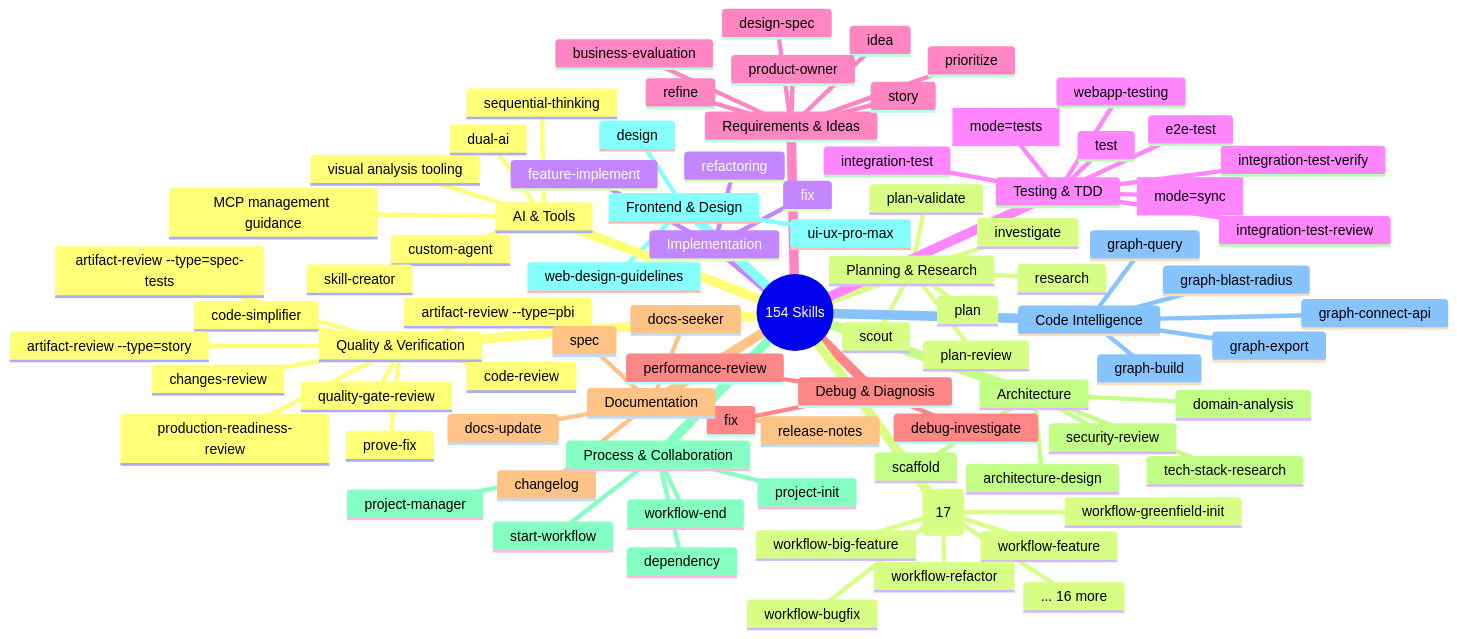
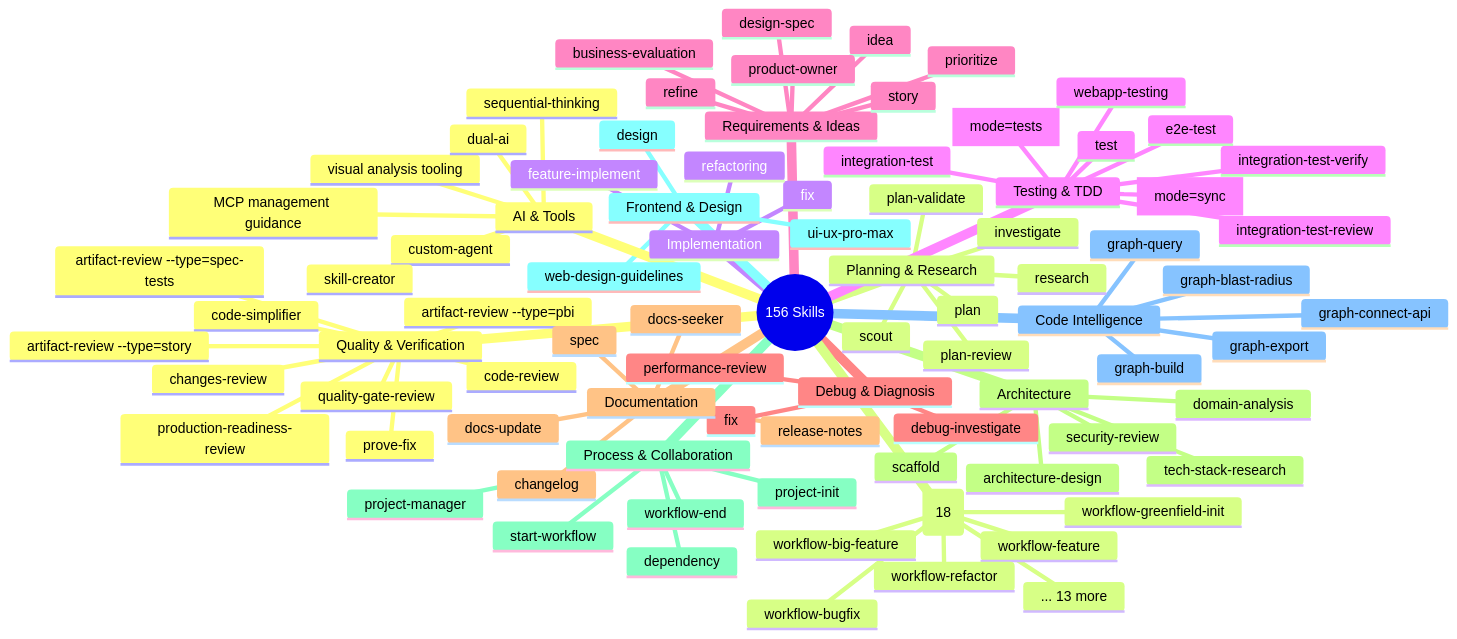
Before and after one commit to duc01226/easy-claude: the fifth of 20 diagrams in .claude/docs/claude-ai-agent-framework-guide.md, drawn with Mermaid. The commit also changed other lines of this file and 45 other files, not shown here.

````diff
--- a/.claude/docs/claude-ai-agent-framework-guide.md
+++ b/.claude/docs/claude-ai-agent-framework-guide.md
@@ -459,6 +459,6 @@
 ```mermaid
 mindmap
-  root((154 Skills))
+  root((156 Skills))
     Quality & Verification
       code-review
       prove-fix
@@ -536,11 +536,11 @@
       MCP management guidance
       skill-creator
       dual-ai
-    Workflow Triggers (17)
+    Workflow Triggers (18)
       workflow-feature
       workflow-big-feature
       workflow-bugfix
       workflow-greenfield-init
       workflow-refactor
-      ... 16 more
+      ... 13 more
 ```
````
